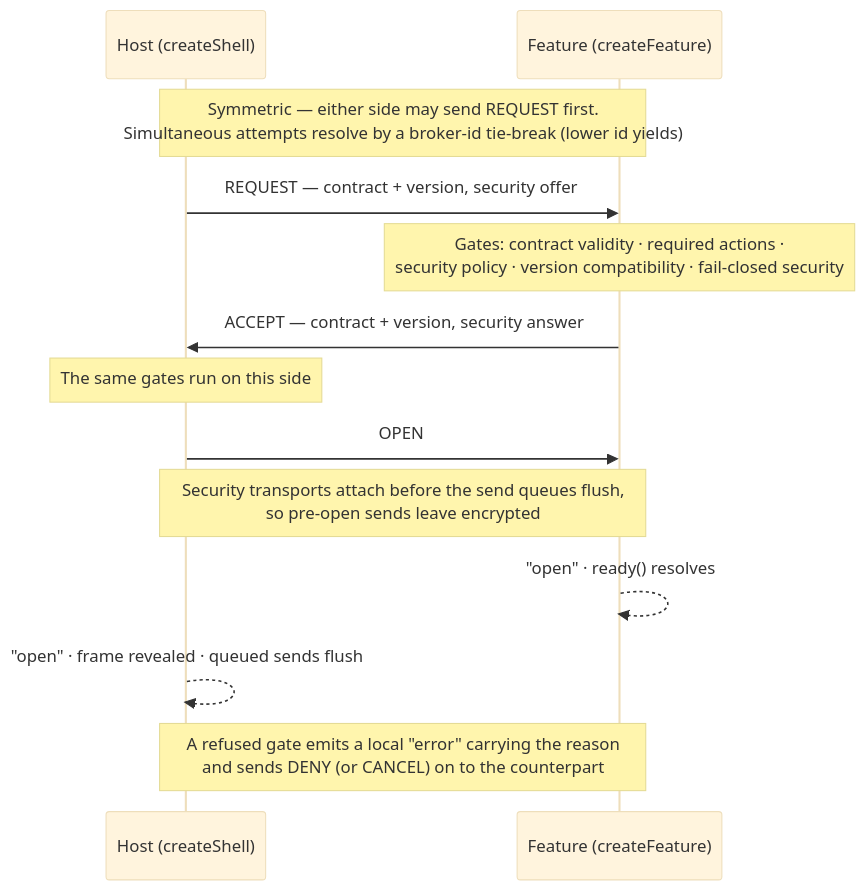
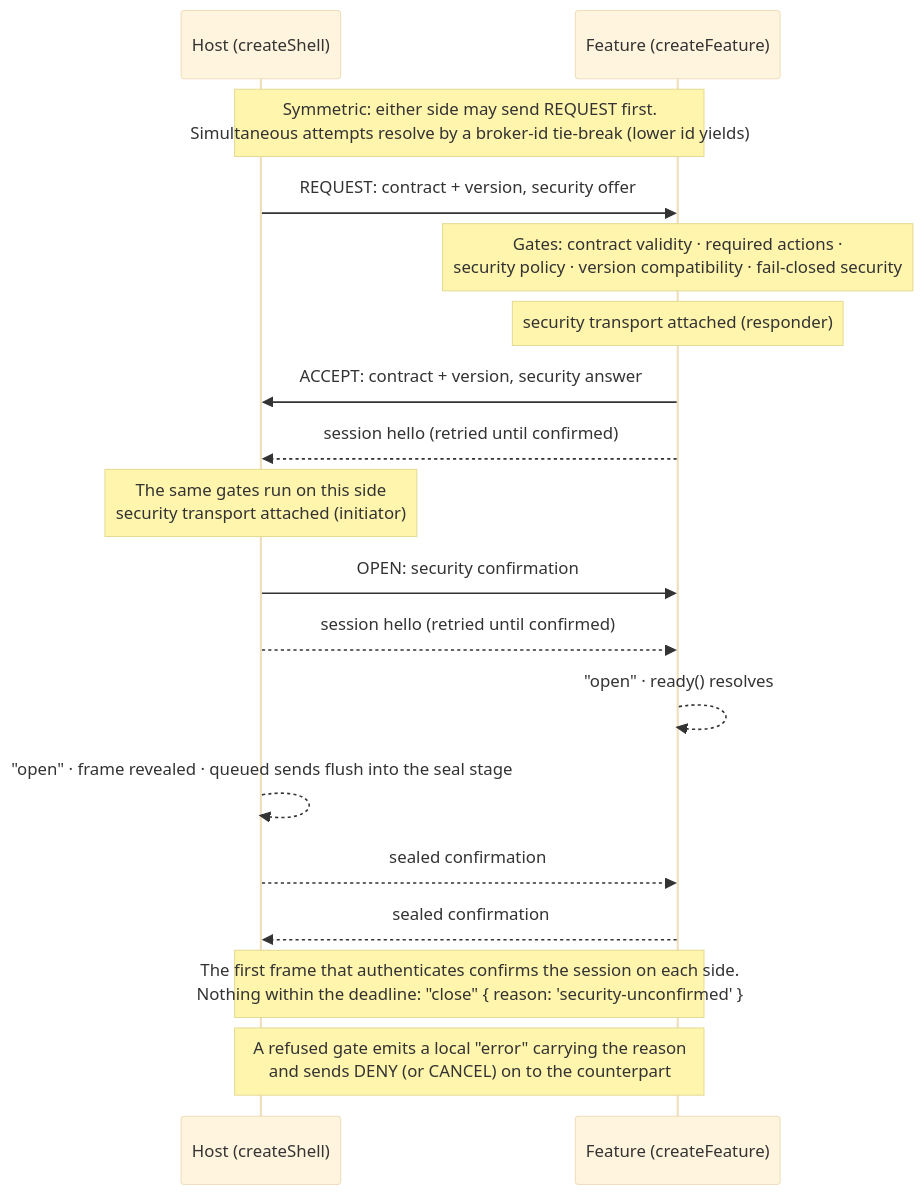
Before and after one commit to AndrewRedican/hyperfrontend: the third of 5 diagrams in libs/features/ARCHITECTURE.md, drawn with Mermaid. The commit also changed other lines of this file and 2 other files, not shown here.

````diff
--- a/libs/features/ARCHITECTURE.md
+++ b/libs/features/ARCHITECTURE.md
@@ -158,22 +158,27 @@
 ```mermaid
 ---
 config:
   theme: base
   themeVariables:
     fontSize: 12px
 ---
 sequenceDiagram
     participant H as Host (createShell)
     participant F as Feature (createFeature)
 
-    Note over H,F: Symmetric — either side may send REQUEST first.<br/>Simultaneous attempts resolve by a broker-id tie-break (lower id yields)
-    H->>F: REQUEST — contract + version, security offer
+    Note over H,F: Symmetric: either side may send REQUEST first.<br/>Simultaneous attempts resolve by a broker-id tie-break (lower id yields)
+    H->>F: REQUEST: contract + version, security offer
     Note over F: Gates: contract validity · required actions ·<br/>security policy · version compatibility · fail-closed security
-    F->>H: ACCEPT — contract + version, security answer
-    Note over H: The same gates run on this side
-    H->>F: OPEN
-    Note over H,F: Security transports attach before the send queues flush,<br/>so pre-open sends leave encrypted
+    Note over F: security transport attached (responder)
+    F->>H: ACCEPT: contract + version, security answer
+    F-->>H: session hello (retried until confirmed)
+    Note over H: The same gates run on this side<br/>security transport attached (initiator)
+    H->>F: OPEN: security confirmation
+    H-->>F: session hello (retried until confirmed)
     F-->>F: "open" · ready() resolves
-    H-->>H: "open" · frame revealed · queued sends flush
+    H-->>H: "open" · frame revealed · queued sends flush into the seal stage
+    H-->>F: sealed confirmation
+    F-->>H: sealed confirmation
+    Note over H,F: The first frame that authenticates confirms the session on each side.<br/>Nothing within the deadline: "close" { reason: 'security-unconfirmed' }
     Note over H,F: A refused gate emits a local "error" carrying the reason<br/>and sends DENY (or CANCEL) on to the counterpart
 ```
````
